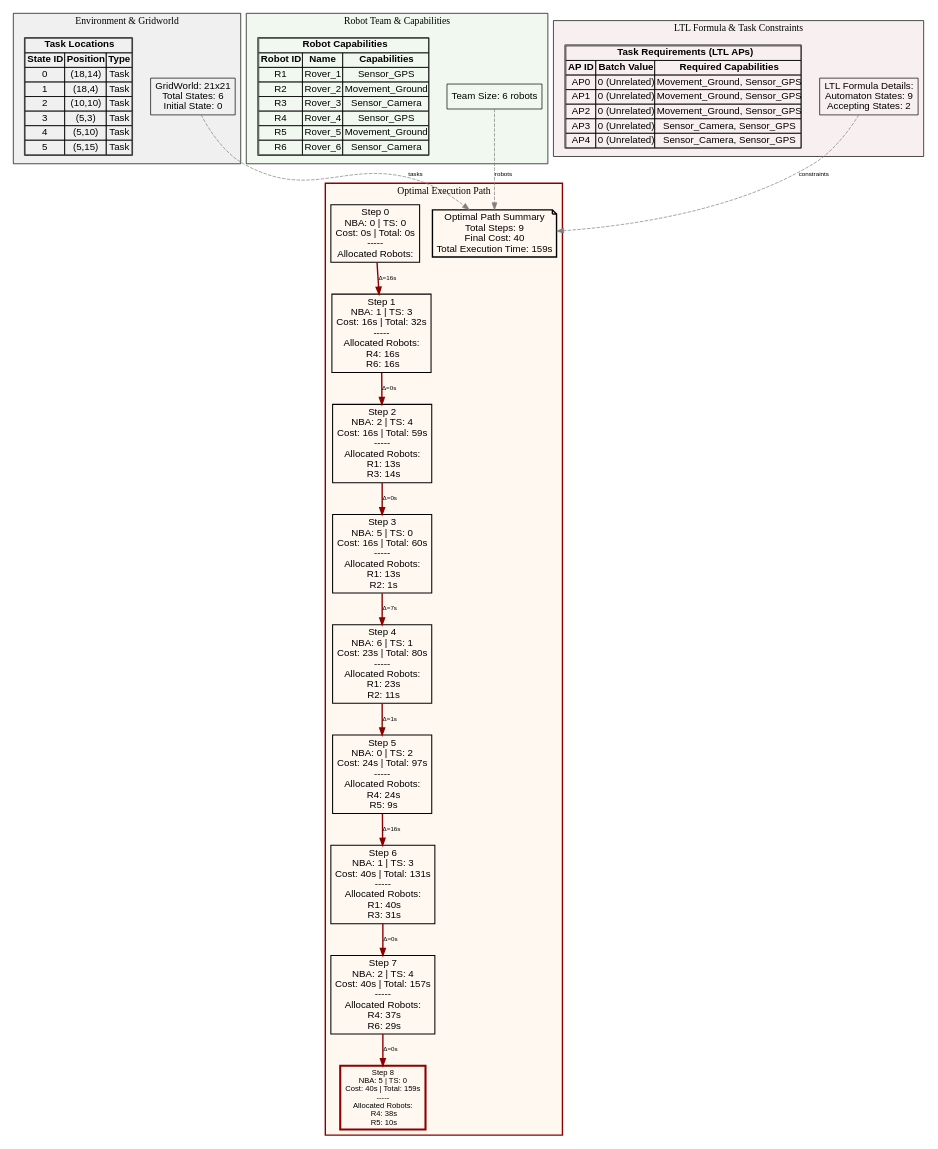
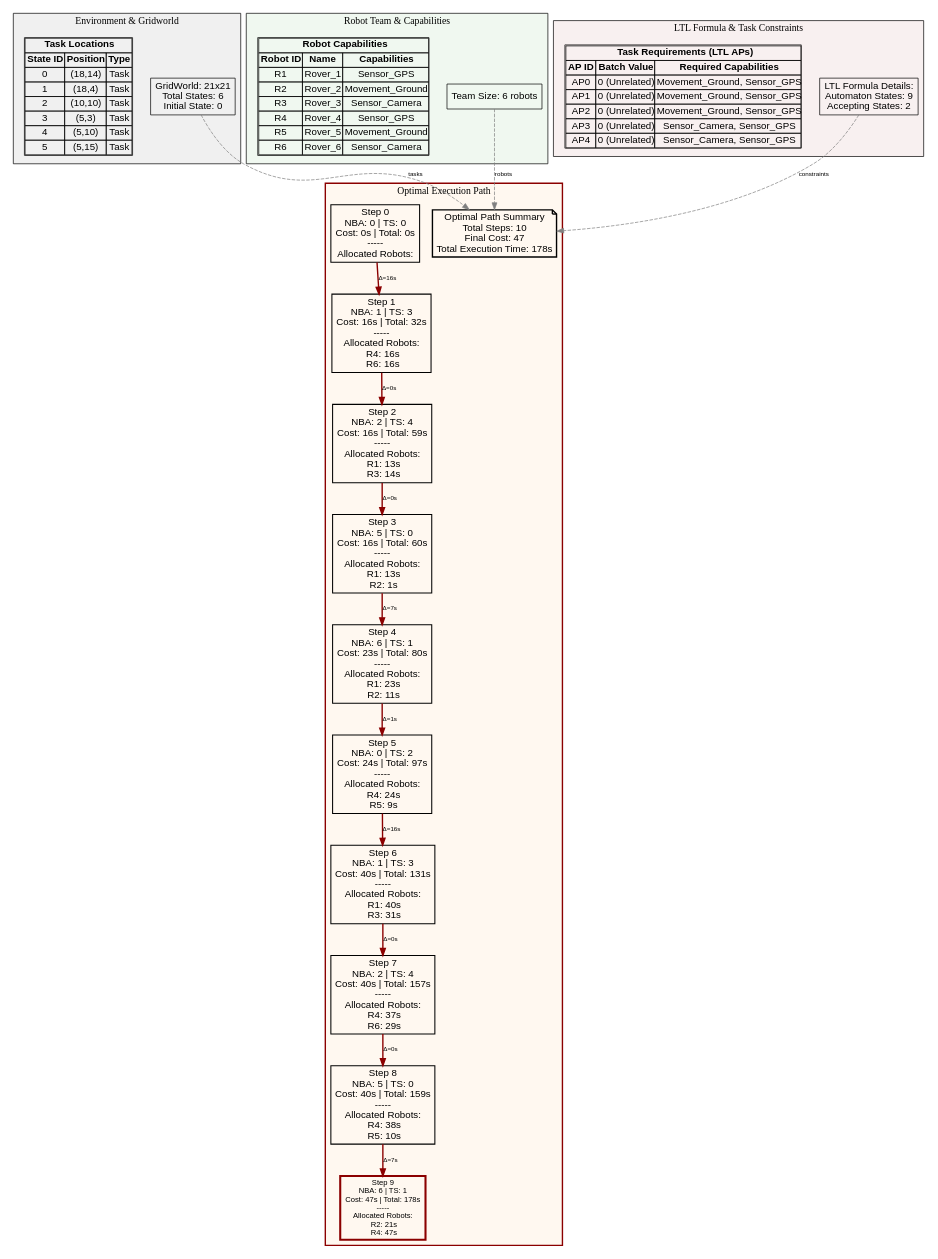
One commit to jrourke48/HMRTA_TS_GENERATION changed the diagram in Task Batch Planning Decision Tree/output/infinite_test_1_path.dot. Above: the diagram before and after it, drawn with Graphviz. The commit also changed 44 other files, not shown here.

```diff
--- a/Task Batch Planning Decision Tree/output/infinite_test_1_path.dot
+++ b/Task Batch Planning Decision Tree/output/infinite_test_1_path.dot
@@ -1,106 +1,108 @@
 digraph ComprehensiveOptimalPath {
   rankdir=TB;
   concentrate=true;
   node [fontname=Arial];
   edge [fontname=Arial, fontsize=9];
 
   subgraph cluster_environment {
     label="Environment & Gridworld";
     style=filled;
     fillcolor="#F0F0F0";
     color=black;
 
     env_info [shape=box, label="GridWorld: 21x21\nTotal States: 6\nInitial State: 0\n", fillcolor="#E8F4F8"];
 
     env_tasks [shape=plaintext, label=<
       <TABLE BORDER="1" CELLBORDER="1" CELLSPACING="0">
         <TR><TD COLSPAN="3"><B>Task Locations</B></TD></TR>
         <TR><TD><B>State ID</B></TD><TD><B>Position</B></TD><TD><B>Type</B></TD></TR>
         <TR><TD>0</TD><TD>(18,14)</TD><TD>Task</TD></TR>
         <TR><TD>1</TD><TD>(18,4)</TD><TD>Task</TD></TR>
         <TR><TD>2</TD><TD>(10,10)</TD><TD>Task</TD></TR>
         <TR><TD>3</TD><TD>(5,3)</TD><TD>Task</TD></TR>
         <TR><TD>4</TD><TD>(5,10)</TD><TD>Task</TD></TR>
         <TR><TD>5</TD><TD>(5,15)</TD><TD>Task</TD></TR>
       </TABLE>
     >];
   }
 
   subgraph cluster_robots {
     label="Robot Team & Capabilities";
     style=filled;
     fillcolor="#F0F8F0";
     color=black;
 
     team_info [shape=box, label="Team Size: 6 robots\n", fillcolor="#E8F8E8"];
 
     robot_caps [shape=plaintext, label=<
       <TABLE BORDER="1" CELLBORDER="1" CELLSPACING="0">
         <TR><TD COLSPAN="3"><B>Robot Capabilities</B></TD></TR>
         <TR><TD><B>Robot ID</B></TD><TD><B>Name</B></TD><TD><B>Capabilities</B></TD></TR>
         <TR><TD>R1</TD><TD>Rover_1</TD><TD>Sensor_GPS</TD></TR>
         <TR><TD>R2</TD><TD>Rover_2</TD><TD>Movement_Ground</TD></TR>
         <TR><TD>R3</TD><TD>Rover_3</TD><TD>Sensor_Camera</TD></TR>
         <TR><TD>R4</TD><TD>Rover_4</TD><TD>Sensor_GPS</TD></TR>
         <TR><TD>R5</TD><TD>Rover_5</TD><TD>Movement_Ground</TD></TR>
         <TR><TD>R6</TD><TD>Rover_6</TD><TD>Sensor_Camera</TD></TR>
       </TABLE>
     >];
   }
 
   subgraph cluster_ltl {
     label="LTL Formula & Task Constraints";
     style=filled;
     fillcolor="#F8F0F0";
     color=black;
 
     ltl_info [shape=box, label="LTL Formula Details:\nAutomaton States: 9\nAccepting States: 2\n", fillcolor="#F8E8E8"];
 
     ltl_tasks [shape=plaintext, label=<
       <TABLE BORDER="1" CELLBORDER="1" CELLSPACING="0">
         <TR><TD COLSPAN="3"><B>Task Requirements (LTL APs)</B></TD></TR>
         <TR><TD><B>AP ID</B></TD><TD><B>Batch Value</B></TD><TD><B>Required Capabilities</B></TD></TR>
         <TR><TD>AP0</TD><TD>0 (Unrelated)</TD><TD>Movement_Ground, Sensor_GPS</TD></TR>
         <TR><TD>AP1</TD><TD>0 (Unrelated)</TD><TD>Movement_Ground, Sensor_GPS</TD></TR>
         <TR><TD>AP2</TD><TD>0 (Unrelated)</TD><TD>Movement_Ground, Sensor_GPS</TD></TR>
         <TR><TD>AP3</TD><TD>0 (Unrelated)</TD><TD>Sensor_Camera, Sensor_GPS</TD></TR>
         <TR><TD>AP4</TD><TD>0 (Unrelated)</TD><TD>Sensor_Camera, Sensor_GPS</TD></TR>
       </TABLE>
     >];
   }
 
   subgraph cluster_path {
     label="Optimal Execution Path";
     style=filled;
     fillcolor="#FFF8F0";
     color=darkred;
     penwidth=2;
 
-    path_summary [shape=note, label="Optimal Path Summary\nTotal Steps: 9\nFinal Cost: 40\nTotal Execution Time: 159s\n", fillcolor="#FFFFCC", penwidth=2];
+    path_summary [shape=note, label="Optimal Path Summary\nTotal Steps: 10\nFinal Cost: 47\nTotal Execution Time: 178s\n", fillcolor="#FFFFCC", penwidth=2];
 
     opt_0 [shape=box, label="Step 0\nNBA: 0 | TS: 0\nCost: 0s | Total: 0s\n-----\nAllocated Robots:\n", fillcolor="#B3E5FC", penwidth=1.5];
     opt_1 [shape=box, label="Step 1\nNBA: 1 | TS: 3\nCost: 16s | Total: 32s\n-----\nAllocated Robots:\n  R4: 16s\n  R6: 16s\n", fillcolor="#B3E5FC", penwidth=1.5];
     opt_2 [shape=box, label="Step 2\nNBA: 2 | TS: 4\nCost: 16s | Total: 59s\n-----\nAllocated Robots:\n  R1: 13s\n  R3: 14s\n", fillcolor="#B3E5FC", penwidth=1.5];
     opt_3 [shape=box, label="Step 3\nNBA: 5 | TS: 0\nCost: 16s | Total: 60s\n-----\nAllocated Robots:\n  R1: 13s\n  R2: 1s\n", fillcolor="#B3E5FC", penwidth=1.5];
     opt_4 [shape=box, label="Step 4\nNBA: 6 | TS: 1\nCost: 23s | Total: 80s\n-----\nAllocated Robots:\n  R1: 23s\n  R2: 11s\n", fillcolor="#B3E5FC", penwidth=1.5];
     opt_5 [shape=box, label="Step 5\nNBA: 0 | TS: 2\nCost: 24s | Total: 97s\n-----\nAllocated Robots:\n  R4: 24s\n  R5: 9s\n", fillcolor="#B3E5FC", penwidth=1.5];
     opt_6 [shape=box, label="Step 6\nNBA: 1 | TS: 3\nCost: 40s | Total: 131s\n-----\nAllocated Robots:\n  R1: 40s\n  R3: 31s\n", fillcolor="#B3E5FC", penwidth=1.5];
     opt_7 [shape=box, label="Step 7\nNBA: 2 | TS: 4\nCost: 40s | Total: 157s\n-----\nAllocated Robots:\n  R4: 37s\n  R6: 29s\n", fillcolor="#B3E5FC", penwidth=1.5];
-    opt_8 [shape=box, label="Step 8\nNBA: 5 | TS: 0\nCost: 40s | Total: 159s\n-----\nAllocated Robots:\n  R4: 38s\n  R5: 10s\n", fillcolor="#FF6B6B", penwidth=3, color=darkred, fontweight=bold, fontsize=11];
+    opt_8 [shape=box, label="Step 8\nNBA: 5 | TS: 0\nCost: 40s | Total: 159s\n-----\nAllocated Robots:\n  R4: 38s\n  R5: 10s\n", fillcolor="#B3E5FC", penwidth=1.5];
+    opt_9 [shape=box, label="Step 9\nNBA: 6 | TS: 1\nCost: 47s | Total: 178s\n-----\nAllocated Robots:\n  R2: 21s\n  R4: 47s\n", fillcolor="#FF6B6B", penwidth=3, color=darkred, fontweight=bold, fontsize=11];
 
     opt_0 -> opt_1 [label="Δ=16s", penwidth=2, color=darkred];
     opt_1 -> opt_2 [label="Δ=0s", penwidth=2, color=darkred];
     opt_2 -> opt_3 [label="Δ=0s", penwidth=2, color=darkred];
     opt_3 -> opt_4 [label="Δ=7s", penwidth=2, color=darkred];
     opt_4 -> opt_5 [label="Δ=1s", penwidth=2, color=darkred];
     opt_5 -> opt_6 [label="Δ=16s", penwidth=2, color=darkred];
     opt_6 -> opt_7 [label="Δ=0s", penwidth=2, color=darkred];
     opt_7 -> opt_8 [label="Δ=0s", penwidth=2, color=darkred];
+    opt_8 -> opt_9 [label="Δ=7s", penwidth=2, color=darkred];
   }
 
   // Connections between clusters
   env_info -> path_summary [style=dashed, color=gray, label="tasks"];
   team_info -> path_summary [style=dashed, color=gray, label="robots"];
   ltl_info -> path_summary [style=dashed, color=gray, label="constraints"];
 
 }
```
